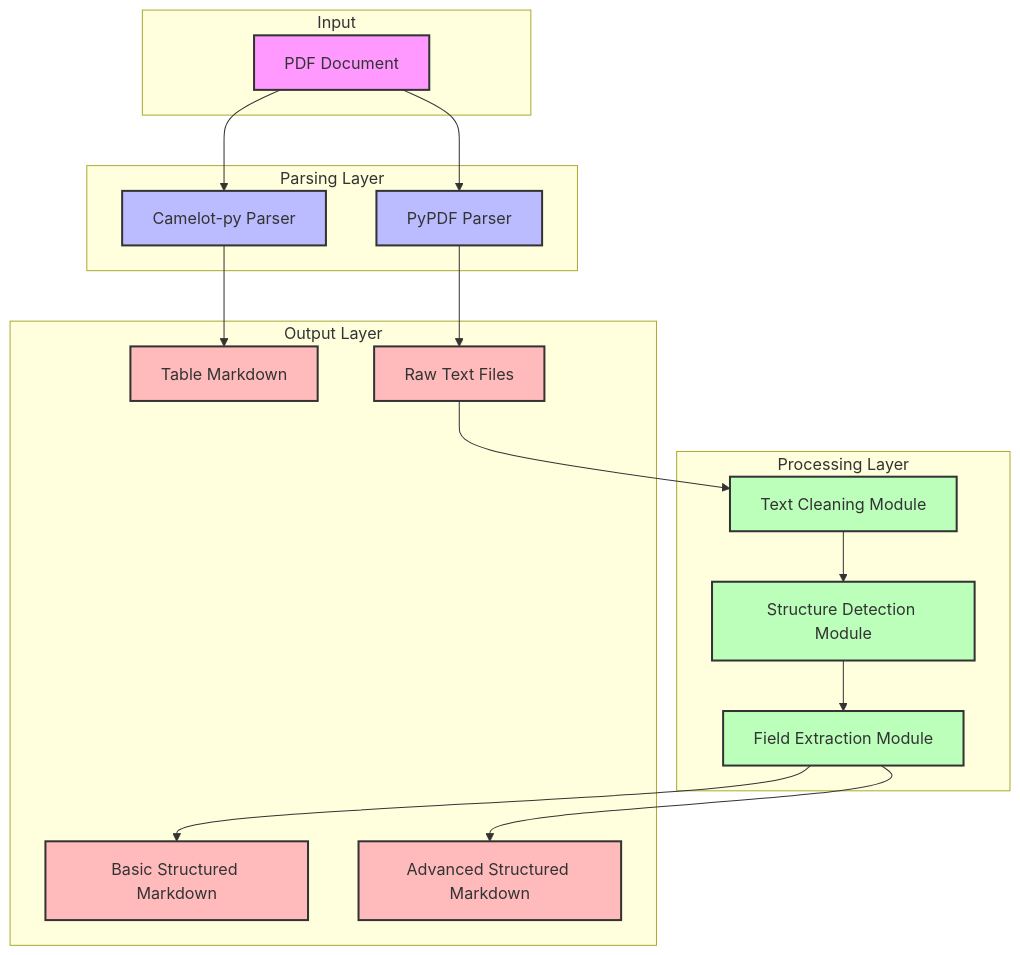
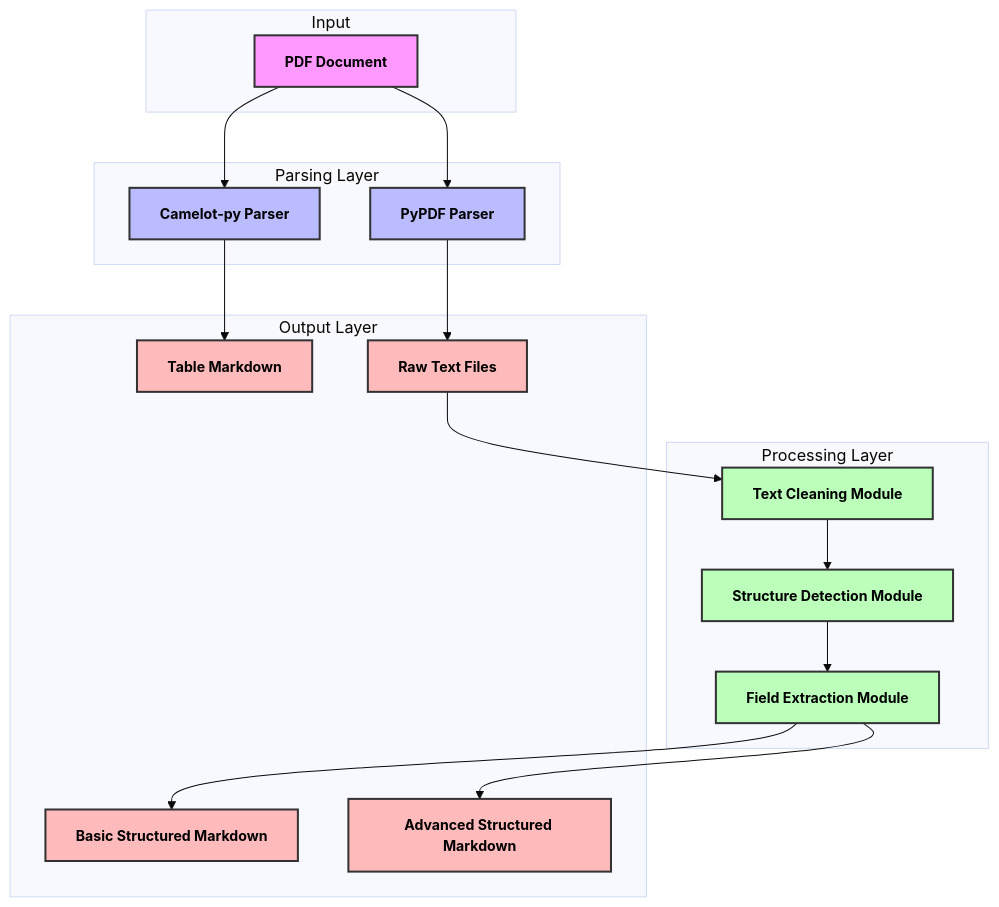
The first of 7 diagrams in PDF_PARSING_PROCESS.md (SoundMindsAI/pdf-handling), drawn with Mermaid before and after one commit. The commit also changed other lines of this file and 11 other files, not shown here.

````diff
--- a/PDF_PARSING_PROCESS.md
+++ b/PDF_PARSING_PROCESS.md
@@ -7,44 +7,45 @@
 ```mermaid
+%%{init: {'theme': 'base', 'themeVariables': { 'fontSize': '16px', 'fontWeight': 'bold', 'primaryTextColor': '#000000' }}}%%
 graph TD
     subgraph Input
         PDF[PDF Document]
     end
     
     subgraph "Parsing Layer"
         Camelot[Camelot-py Parser]
         PyPDF[PyPDF Parser]
     end
     
     subgraph "Processing Layer"
         CleaningModule[Text Cleaning Module]
         StructureModule[Structure Detection Module]
         FieldModule[Field Extraction Module]
     end
     
     subgraph "Output Layer"
         Tables[Table Markdown]
         RawText[Raw Text Files]
         Basic[Basic Structured Markdown]
         Advanced[Advanced Structured Markdown]
     end
     
     PDF --> Camelot
     PDF --> PyPDF
     Camelot --> Tables
     PyPDF --> RawText
     RawText --> CleaningModule
     CleaningModule --> StructureModule
     StructureModule --> FieldModule
     FieldModule --> Basic
     FieldModule --> Advanced
     
-    classDef input fill:#f9f,stroke:#333,stroke-width:2px;
-    classDef parser fill:#bbf,stroke:#333,stroke-width:2px;
-    classDef process fill:#bfb,stroke:#333,stroke-width:2px;
-    classDef output fill:#fbb,stroke:#333,stroke-width:2px;
+    classDef input fill:#f9f,stroke:#333,stroke-width:2px,color:#000,font-weight:bold,font-size:14px;
+    classDef parser fill:#bbf,stroke:#333,stroke-width:2px,color:#000,font-weight:bold,font-size:14px;
+    classDef process fill:#bfb,stroke:#333,stroke-width:2px,color:#000,font-weight:bold,font-size:14px;
+    classDef output fill:#fbb,stroke:#333,stroke-width:2px,color:#000,font-weight:bold,font-size:14px;
     
     class PDF input;
     class Camelot,PyPDF parser;
     class CleaningModule,StructureModule,FieldModule process;
     class Tables,RawText,Basic,Advanced output;
 ```
````
